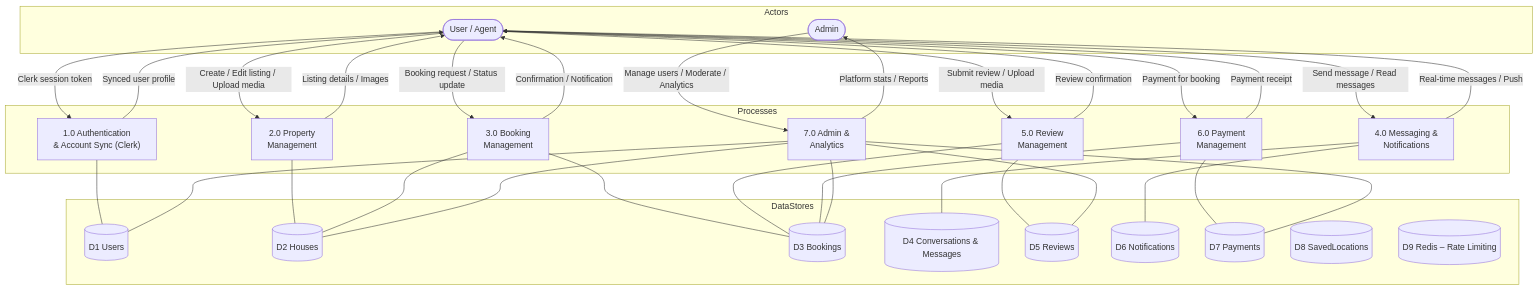
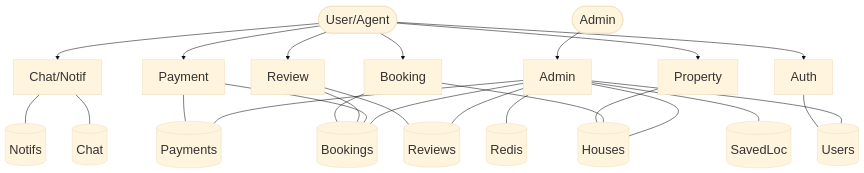
One commit to jim2107054/Housely changed the third of 16 diagrams in housely_mermaid_diagrams.md. Above: the diagram before and after it, drawn with Mermaid. The commit also changed other lines of this file and 4 other files, not shown here.

````diff
--- a/housely_mermaid_diagrams.md
+++ b/housely_mermaid_diagrams.md
@@ -70,65 +69,49 @@
 ```mermaid
+%%{init: {"theme":"base","themeVariables":{"fontFamily":"Times New Roman","fontSize":"24px"}}}%%
 graph TD
-    subgraph Actors
-        UA(["User / Agent"])
-        AD(["Admin"])
-    end
+    UA(["User/Agent"])
+    AD(["Admin"])
 
-    subgraph Processes
-        P1["1.0 Authentication\n& Account Sync (Clerk)"]
-        P2["2.0 Property\nManagement"]
-        P3["3.0 Booking\nManagement"]
-        P4["4.0 Messaging &\nNotifications"]
-        P5["5.0 Review\nManagement"]
-        P6["6.0 Payment\nManagement"]
-        P7["7.0 Admin &\nAnalytics"]
-    end
+    P1["Auth"]
+    P2["Property"]
+    P3["Booking"]
+    P4["Chat/Notif"]
+    P5["Review"]
+    P6["Payment"]
+    P7["Admin"]
 
-    subgraph DataStores
-        DS1[("D1 Users")]
-        DS2[("D2 Houses")]
-        DS3[("D3 Bookings")]
-        DS4[("D4 Conversations & Messages")]
-        DS5[("D5 Reviews")]
-        DS6[("D6 Notifications")]
-        DS7[("D7 Payments")]
-        DS8[("D8 SavedLocations")]
-        DS9[("D9 Redis – Rate Limiting")]
-    end
+    D1[("Users")]
+    D2[("Houses")]
+    D3[("Bookings")]
+    D4[("Chat")]
+    D5[("Reviews")]
+    D6[("Notifs")]
+    D7[("Payments")]
+    D8[("SavedLoc")]
+    D9[("Redis")]
 
-    UA -->|"Clerk session token"| P1
-    P1 -->|"Synced user profile"| UA
-    P1 --- DS1
-
-    UA -->|"Create / Edit listing / Upload media"| P2
-    P2 -->|"Listing details / Images"| UA
-    P2 --- DS2
-
-    UA -->|"Booking request / Status update"| P3
-    P3 -->|"Confirmation / Notification"| UA
-    P3 --- DS3
-    P3 --- DS2
-
-    UA -->|"Send message / Read messages"| P4
-    P4 -->|"Real-time messages / Push"| UA
-    P4 --- DS4
-    P4 --- DS6
-
-    UA -->|"Submit review / Upload media"| P5
-    P5 -->|"Review confirmation"| UA
-    P5 --- DS5
-    P5 --- DS3
-
-    UA -->|"Payment for booking"| P6
-    P6 -->|"Payment receipt"| UA
-    P6 --- DS7
-    P6 --- DS3
-
-    AD -->|"Manage users / Moderate / Analytics"| P7
-    P7 -->|"Platform stats / Reports"| AD
-    P7 --- DS1
-    P7 --- DS2
-    P7 --- DS3
-    P7 --- DS5
-    P7 --- DS7
+    UA --> P1
+    P1 --- D1
+    UA --> P2
+    P2 --- D2
+    UA --> P3
+    P3 --- D2
+    P3 --- D3
+    UA --> P4
+    P4 --- D4
+    P4 --- D6
+    UA --> P5
+    P5 --- D3
+    P5 --- D5
+    UA --> P6
+    P6 --- D3
+    P6 --- D7
+    AD --> P7
+    P7 --- D1
+    P7 --- D2
+    P7 --- D3
+    P7 --- D5
+    P7 --- D7
+    P7 --- D8
+    P7 --- D9
 ```
````
